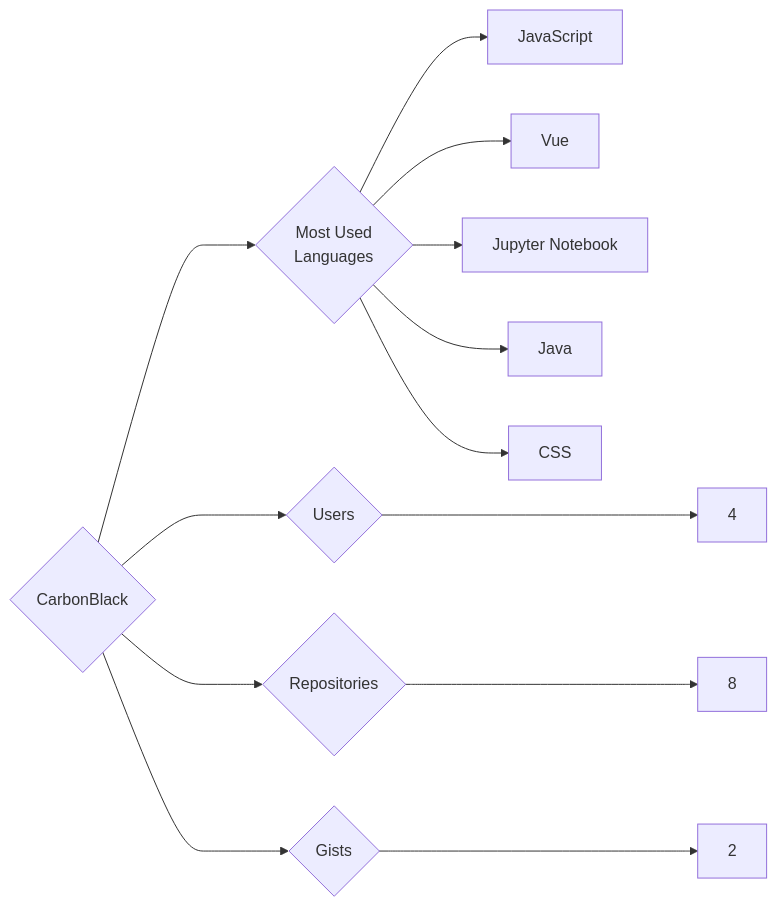
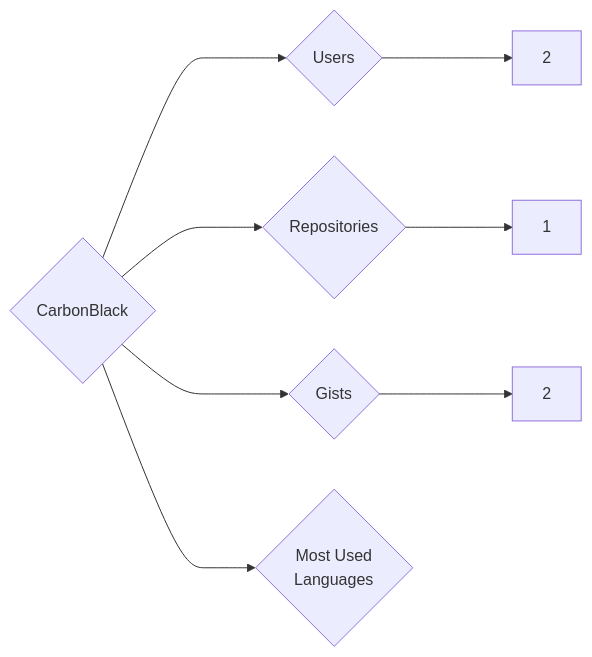
The diagram in targets/CarbonBlack/README.md (trickest/insiders), drawn with Mermaid before and after one commit. The commit also changed 783 other files, not shown here.

````diff
--- a/targets/CarbonBlack/README.md
+++ b/targets/CarbonBlack/README.md
@@ -3,13 +3,8 @@
 ```mermaid
 graph LR
 COMPANY_NAME{CarbonBlack}
-COMPANY_NAME ---> U{Users} ---> UN[4]
-COMPANY_NAME ---> R{Repositories} ---> RN[8]
+COMPANY_NAME ---> U{Users} ---> UN[2]
+COMPANY_NAME ---> R{Repositories} ---> RN[1]
 COMPANY_NAME ---> G{Gists} ---> GN[2]
 COMPANY_NAME ---> ML{Most Used<br>Languages}
-ML --> JavaScript[JavaScript]
-ML --> Vue[Vue]
-ML --> Jupyter_Notebook[Jupyter Notebook]
-ML --> Java[Java]
-ML --> CSS[CSS]
 ```
````
